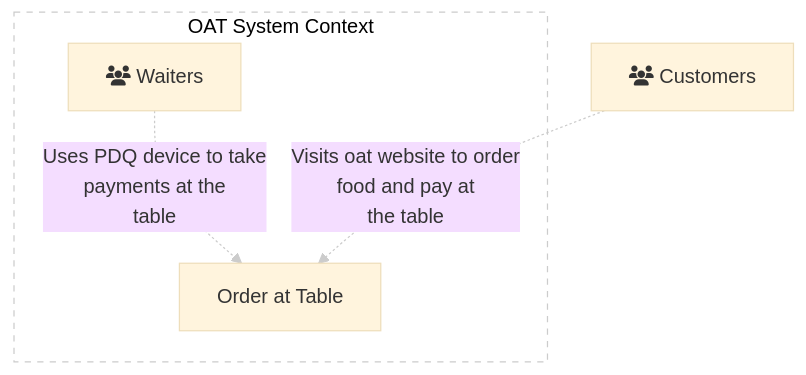
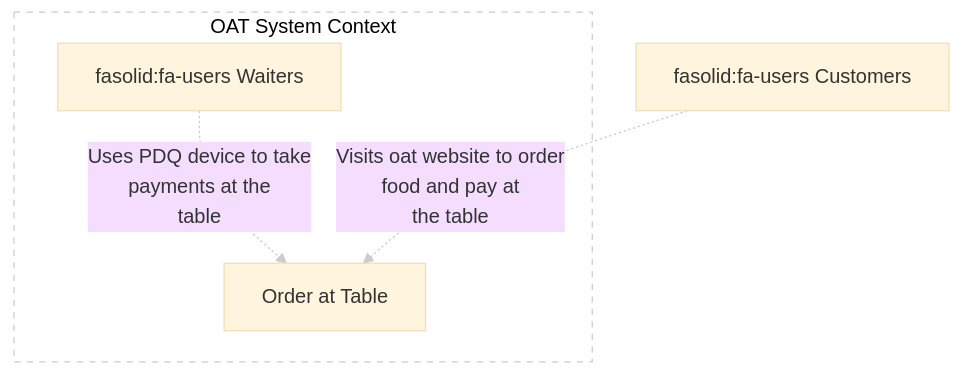
One commit to anandakumarpalanisamy/css-recipes changed the first of 5 diagrams in README.md. Above: the diagram before and after it, drawn with Mermaid.

````diff
--- a/README.md
+++ b/README.md
@@ -3,10 +3,10 @@
 ```mermaid
 %%{init: {'theme':'base', 'themeVariables': { 'lineColor': '#cccccc'}}}%%
 graph TB
     subgraph SystemContext [OAT System Context]
     style SystemContext fill:#fff,stroke:#ccc,stroke-width:1px,color:#000,stroke-dasharray: 5 5
-    Waiter[fa:fa-users Waiters] -. "Uses PDQ device to take<br/>payments at the<br/>table" .-> OAT[Order at Table]
+    Waiter[fasolid:fa-users Waiters] -. "Uses PDQ device to take<br/>payments at the<br/>table" .-> OAT[Order at Table]
     end
 
-    Customer[fa:fa-users Customers] -. "Visits oat website to order<br/>food and pay at<br/> the table" .-> OAT
+    Customer[fasolid:fa-users Customers] -. "Visits oat website to order<br/>food and pay at<br/> the table" .-> OAT
 ```
````
